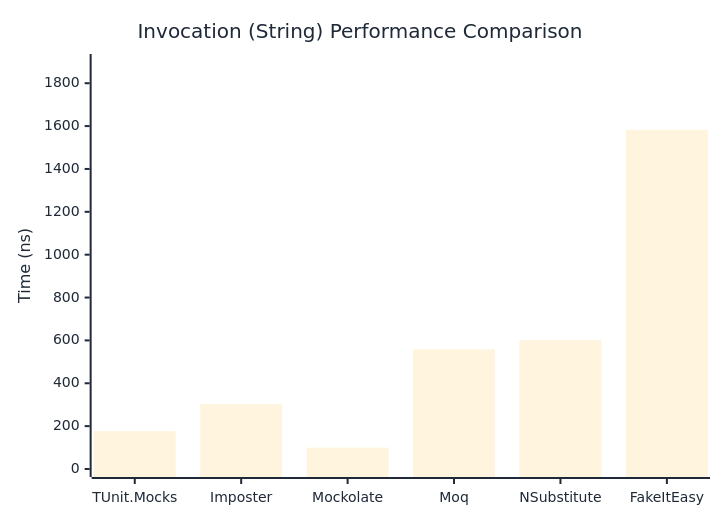
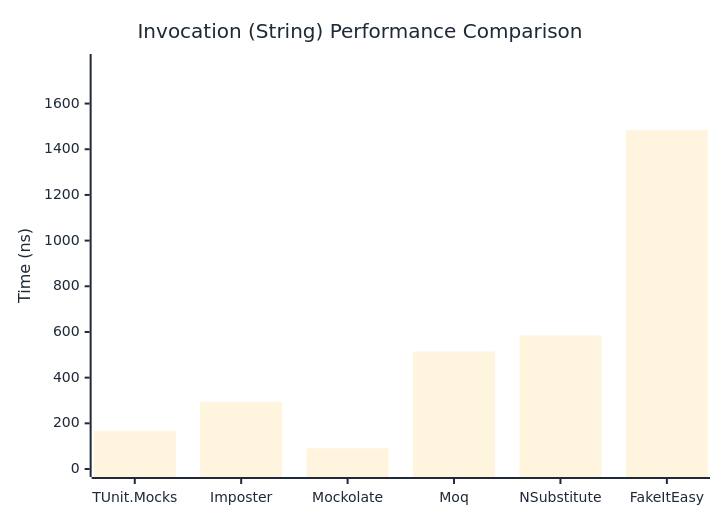
The second of 3 diagrams in docs/docs/benchmarks/mocks/Invocation.md (thomhurst/TUnit), drawn with Mermaid before and after one commit. The commit also changed other lines of this file and 14 other files, not shown here.

````diff
--- a/docs/docs/benchmarks/mocks/Invocation.md
+++ b/docs/docs/benchmarks/mocks/Invocation.md
@@ -71,27 +71,27 @@
 ```mermaid
 %%{init: {
   'theme':'base',
   'themeVariables': {
     'primaryColor': '#2563eb',
     'primaryTextColor': '#1f2937',
     'primaryBorderColor': '#1e40af',
     'lineColor': '#6b7280',
     'secondaryColor': '#7c3aed',
     'tertiaryColor': '#dc2626',
     'background': '#ffffff',
     'pie1': '#2563eb',
     'pie2': '#7c3aed',
     'pie3': '#dc2626',
     'pie4': '#f59e0b',
     'pie5': '#10b981',
     'pie6': '#06b6d4',
     'pie7': '#ec4899',
     'pie8': '#6366f1'
   }
 }}%%
 xychart-beta
   title "Invocation (String) Performance Comparison"
   x-axis ["TUnit.Mocks", "Imposter", "Mockolate", "Moq", "NSubstitute", "FakeItEasy"]
-  y-axis "Time (ns)" 0 --> 1899
-  bar [176.34, 302.4, 99.66, 559.03, 601.16, 1582.41]
+  y-axis "Time (ns)" 0 --> 1782
+  bar [166.79, 294.32, 90.34, 514.41, 584.87, 1484.43]
 ```
````
